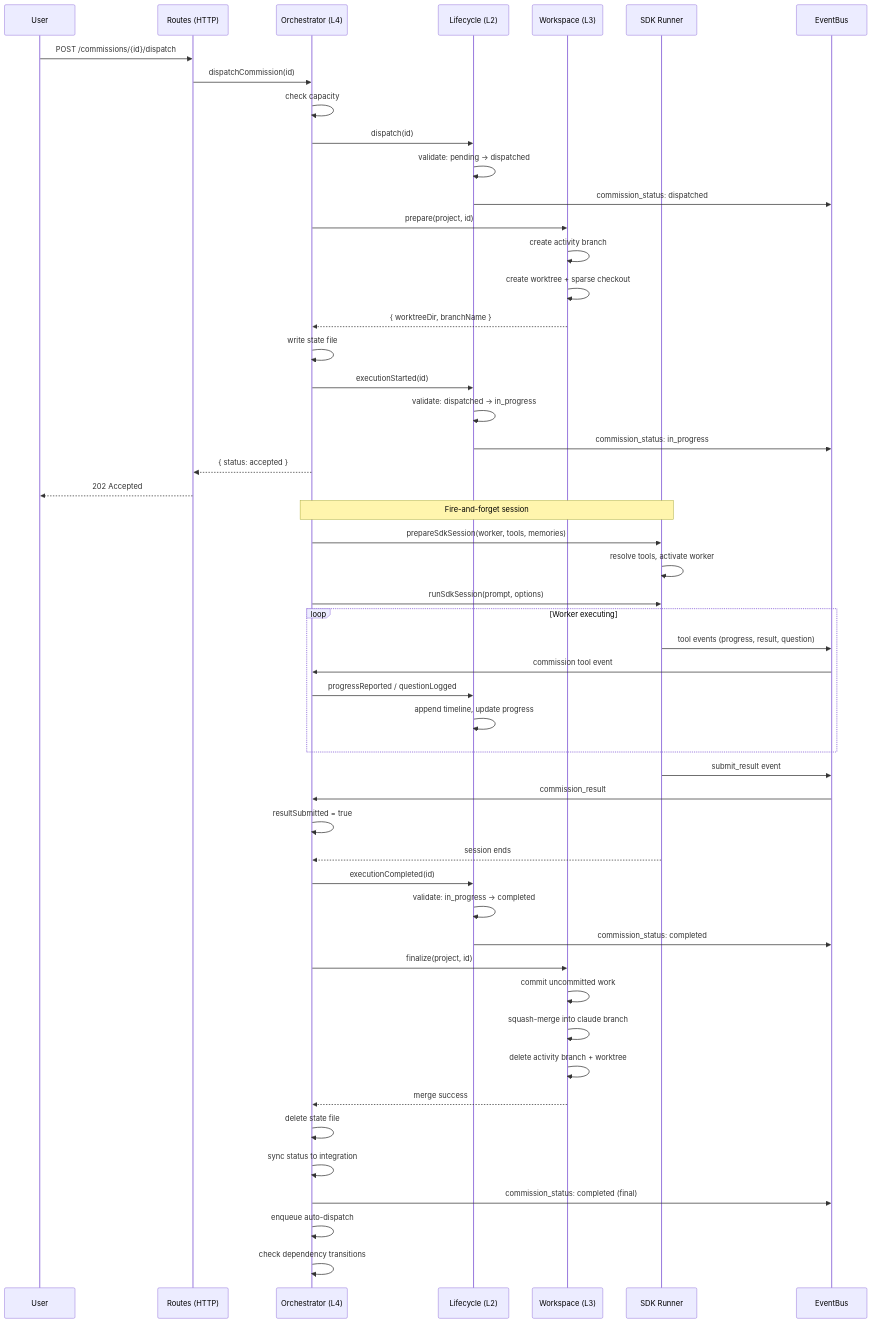
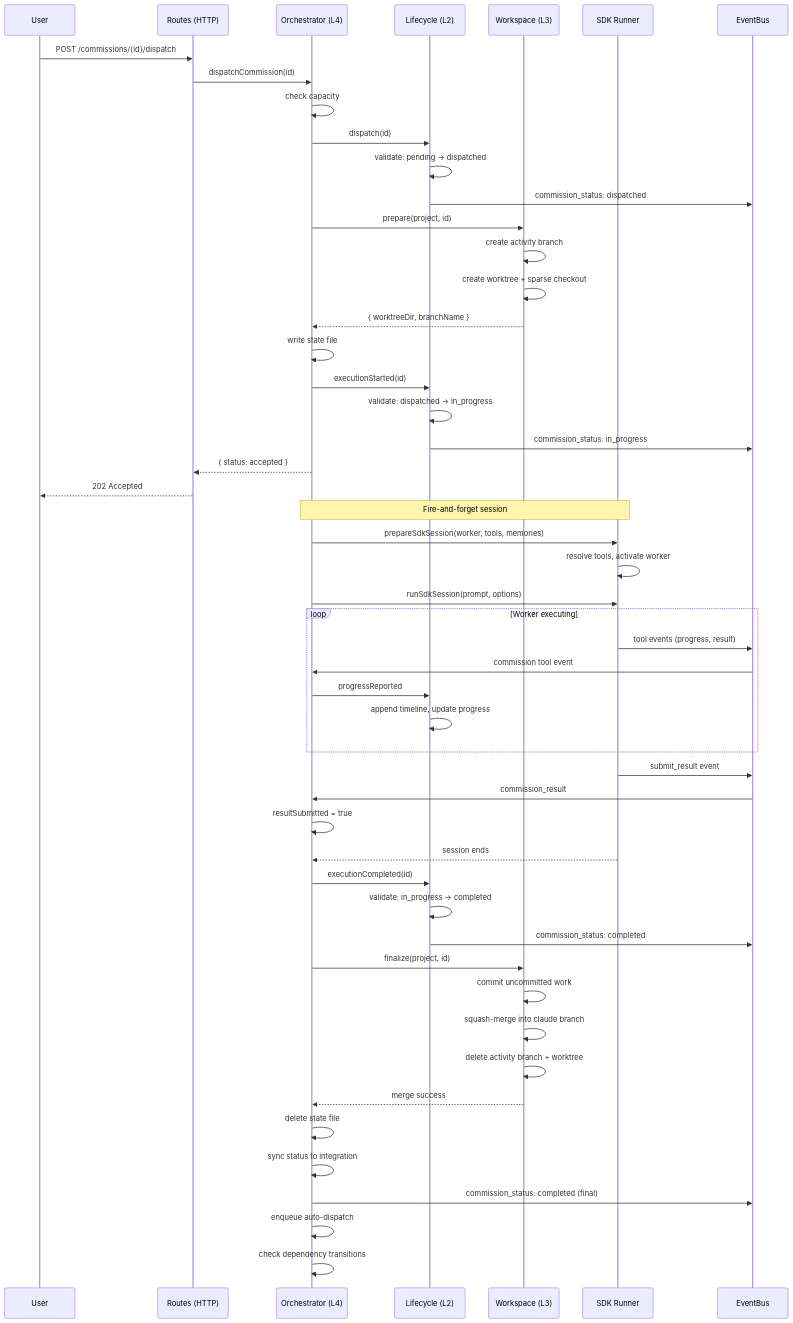
One commit to rjroy/guild-hall changed the second of 5 diagrams in .lore/diagrams/commission-lifecycle.md. Above: the diagram before and after it, drawn with Mermaid. The commit also changed 46 other files, not shown here.

````diff
--- a/.lore/diagrams/commission-lifecycle.md
+++ b/.lore/diagrams/commission-lifecycle.md
@@ -71,63 +71,63 @@
 ```mermaid
 sequenceDiagram
     participant User
     participant Routes as Routes (HTTP)
     participant Orch as Orchestrator (L4)
     participant Life as Lifecycle (L2)
     participant Work as Workspace (L3)
     participant SDK as SDK Runner
     participant EB as EventBus
 
     User->>Routes: POST /commissions/{id}/dispatch
     Routes->>Orch: dispatchCommission(id)
     Orch->>Orch: check capacity
     Orch->>Life: dispatch(id)
     Life->>Life: validate: pending -> dispatched
     Life->>EB: commission_status: dispatched
 
     Orch->>Work: prepare(project, id)
     Work->>Work: create activity branch
     Work->>Work: create worktree + sparse checkout
     Work-->>Orch: { worktreeDir, branchName }
 
     Orch->>Orch: write state file
     Orch->>Life: executionStarted(id)
     Life->>Life: validate: dispatched -> in_progress
     Life->>EB: commission_status: in_progress
     Orch-->>Routes: { status: accepted }
     Routes-->>User: 202 Accepted
 
     Note over Orch,SDK: Fire-and-forget session
 
     Orch->>SDK: prepareSdkSession(worker, tools, memories)
     SDK->>SDK: resolve tools, activate worker
     Orch->>SDK: runSdkSession(prompt, options)
 
     loop Worker executing
-        SDK->>EB: tool events (progress, result, question)
+        SDK->>EB: tool events (progress, result)
         EB->>Orch: commission tool event
-        Orch->>Life: progressReported / questionLogged
+        Orch->>Life: progressReported
         Life->>Life: append timeline, update progress
     end
 
     SDK->>EB: submit_result event
     EB->>Orch: commission_result
     Orch->>Orch: resultSubmitted = true
     SDK-->>Orch: session ends
 
     Orch->>Life: executionCompleted(id)
     Life->>Life: validate: in_progress -> completed
     Life->>EB: commission_status: completed
 
     Orch->>Work: finalize(project, id)
     Work->>Work: commit uncommitted work
     Work->>Work: squash-merge into claude branch
     Work->>Work: delete activity branch + worktree
     Work-->>Orch: merge success
 
     Orch->>Orch: delete state file
     Orch->>Orch: sync status to integration
     Orch->>EB: commission_status: completed (final)
     Orch->>Orch: enqueue auto-dispatch
     Orch->>Orch: check dependency transitions
 ```
````
